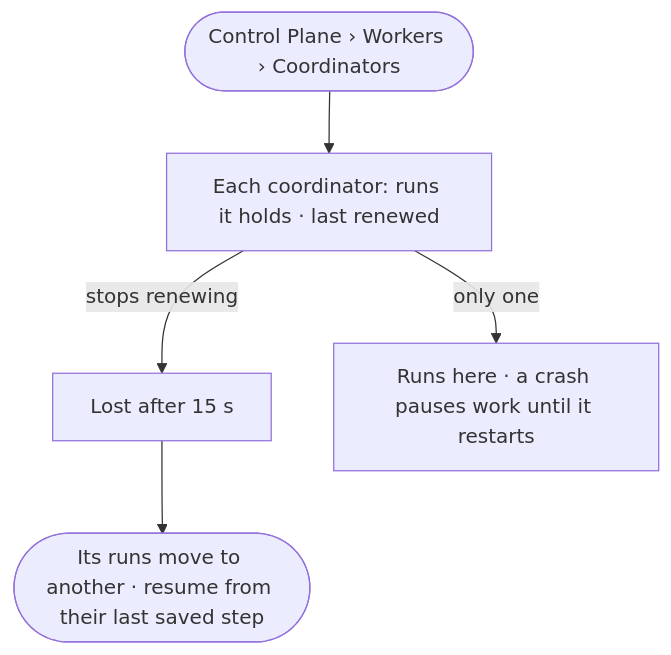
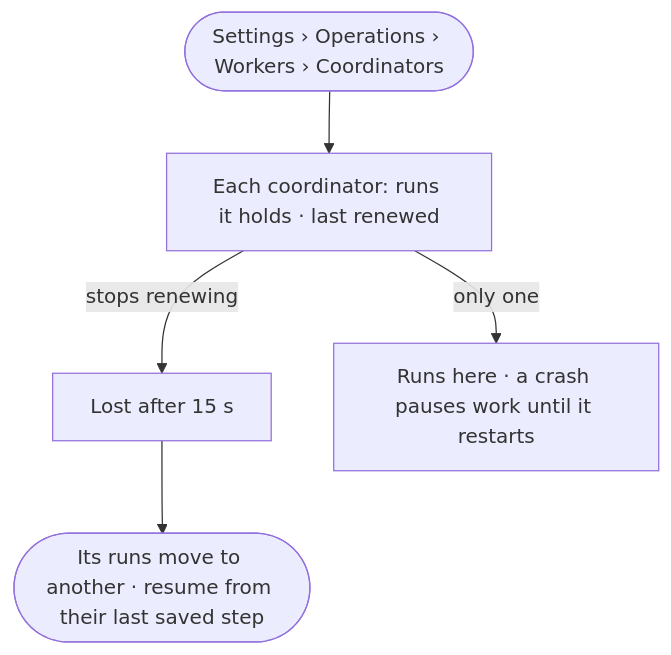
The diagram in specs/os/control/features/CP-F03-workers-and-the-queue/stories/CP-07-a-lost-coordinator-costs-seconds-not-runs/story.md (invana/invana), drawn with Mermaid before and after one commit. The commit also changed 106 other files, not shown here.

````diff
--- a/specs/os/control/features/CP-F03-workers-and-the-queue/stories/CP-07-a-lost-coordinator-costs-seconds-not-runs/story.md
+++ b/specs/os/control/features/CP-F03-workers-and-the-queue/stories/CP-07-a-lost-coordinator-costs-seconds-not-runs/story.md
@@ -26,7 +26,7 @@
 ```mermaid
 flowchart TD
-  s([Control Plane › Workers › Coordinators]) --> l["Each coordinator: runs it holds · last renewed"]
+  s([Settings › Operations › Workers › Coordinators]) --> l["Each coordinator: runs it holds · last renewed"]
   l -->|stops renewing| lost["Lost after 15 s"]
   lost --> mv(["Its runs move to another · resume from their last saved step"])
   l -->|only one| one["Runs here · a crash pauses work until it restarts"]
 ```
````
